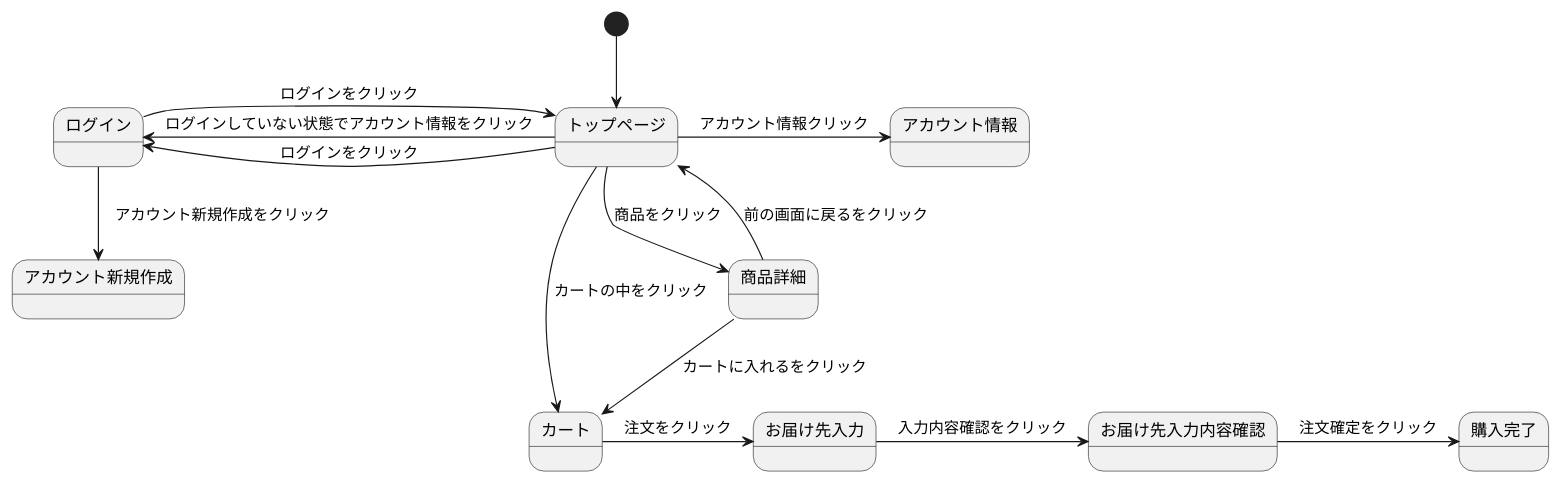
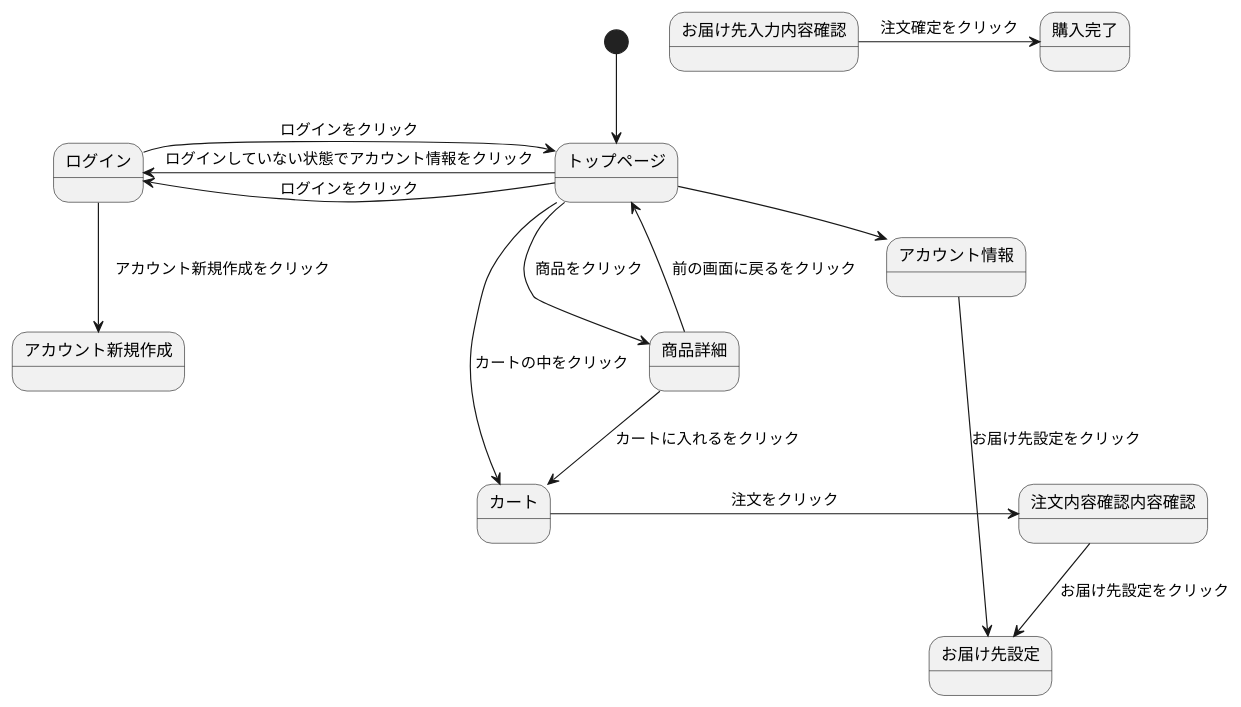
The diagram in sumple_01.md (Aso2001133/2021sys-design), drawn with PlantUML before and after one commit.

````diff
--- a/sumple_01.md
+++ b/sumple_01.md
@@ -1,29 +1,31 @@
 ```uml
 @startuml
 [*] --> トップページ 
 
 トップページ -> アカウント情報 : アカウント情報クリック 
 
 トップページ -left-> ログイン : ログインをクリック
 
 トップページ -left-> ログイン : ログインしていない状態でアカウント情報をクリック
 
 トップページ --> 商品詳細 : 商品をクリック 
 
 トップページ --> カート : カートの中をクリック 
 
 ログイン -> トップページ : ログインをクリック
 
 ログイン --> アカウント新規作成 :　アカウント新規作成をクリック
 
+アカウント情報 --> お届け先設定 : お届け先設定をクリック 
+
 商品詳細 --> カート : カートに入れるをクリック 
 
 商品詳細 --> トップページ : 前の画面に戻るをクリック 
 
-カート -> お届け先入力 : 注文をクリック 
+カート -> 注文内容確認内容確認 : 注文をクリック 
 
-お届け先入力 -> お届け先入力内容確認 : 入力内容確認をクリック 
+注文内容確認内容確認 --> お届け先設定 : お届け先設定をクリック 
 
 お届け先入力内容確認 -> 購入完了 : 注文確定をクリック 
 @enduml
 ```
````
